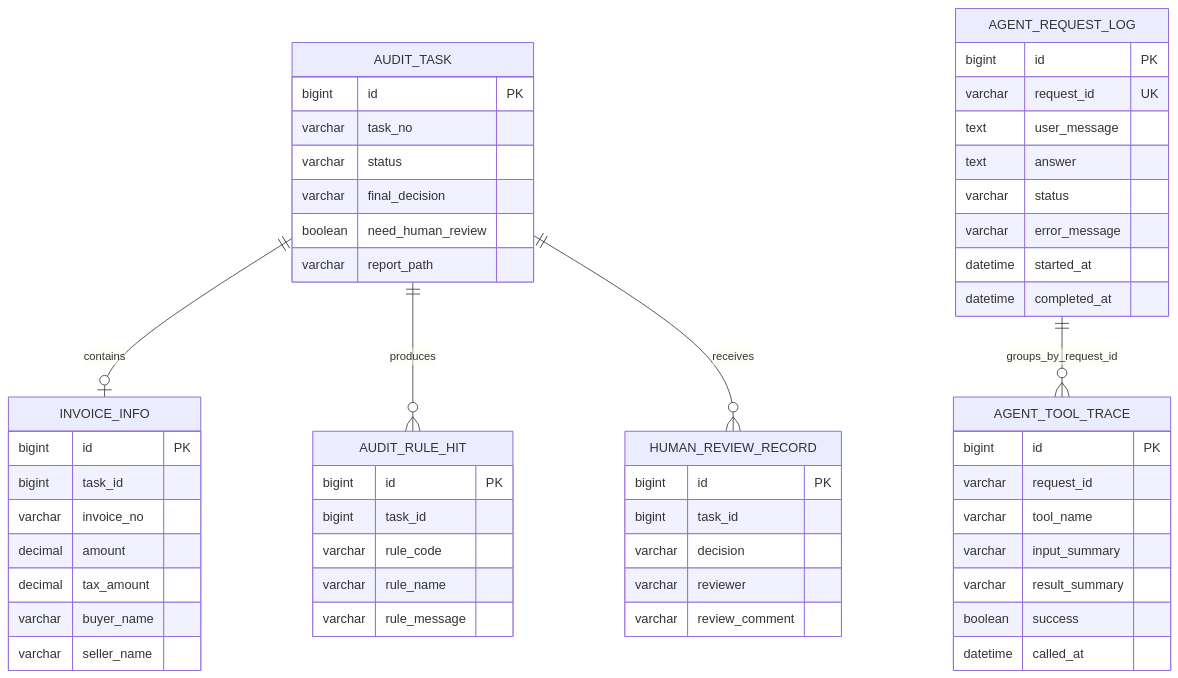
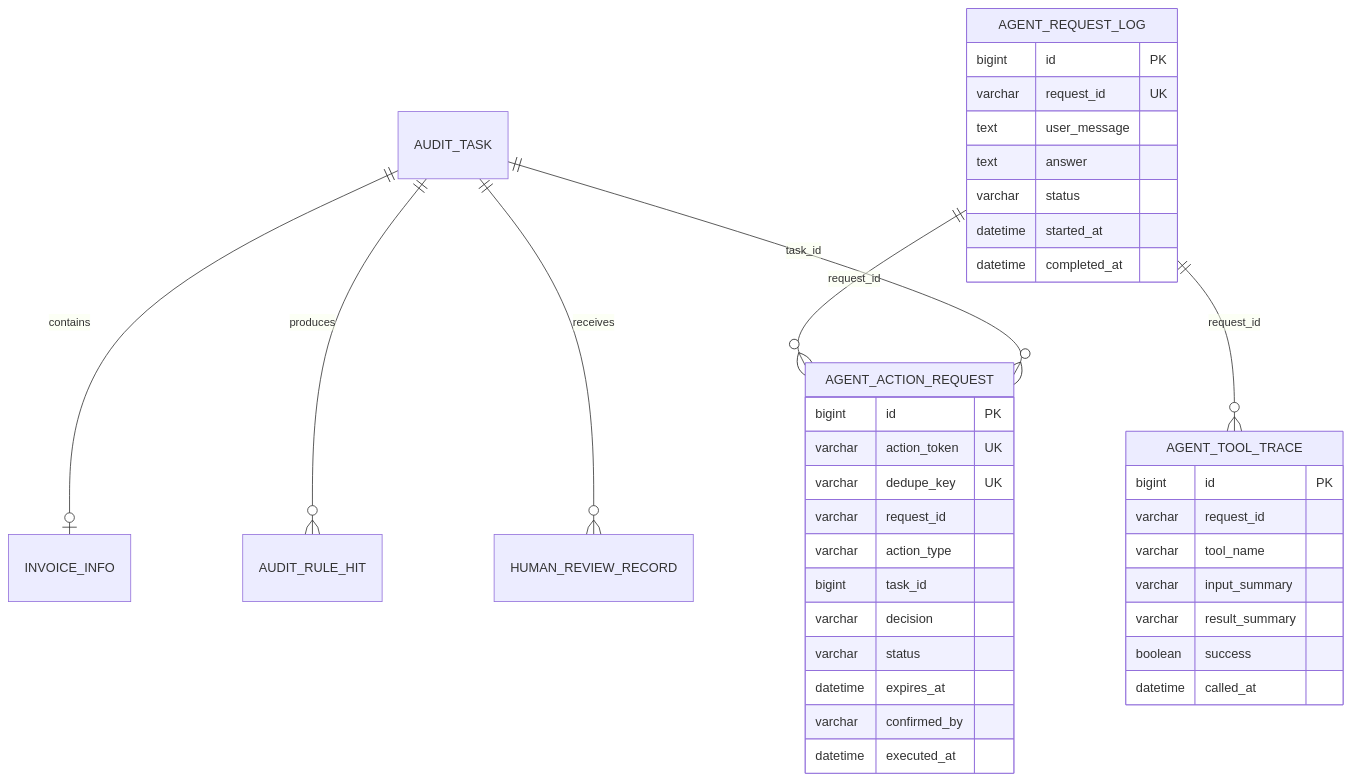
Before and after one commit to Chuan1130/invoice-agent-system: the eighth of 9 diagrams in README.md, drawn with Mermaid. The commit also changed other lines of this file and 1 other file, not shown here.

Commit message:
docs: visualize Agent Runtime v1.0 and runtime guards

````diff
--- a/README.md
+++ b/README.md
@@ -683,64 +689,44 @@
 ```mermaid
 erDiagram
     AUDIT_TASK ||--o| INVOICE_INFO : contains
     AUDIT_TASK ||--o{ AUDIT_RULE_HIT : produces
     AUDIT_TASK ||--o{ HUMAN_REVIEW_RECORD : receives
 
-    AGENT_REQUEST_LOG ||--o{ AGENT_TOOL_TRACE : groups_by_request_id
-
-    AUDIT_TASK {
-        bigint id PK
-        varchar task_no
-        varchar status
-        varchar final_decision
-        boolean need_human_review
-        varchar report_path
-    }
-
-    INVOICE_INFO {
-        bigint id PK
-        bigint task_id
-        varchar invoice_no
-        decimal amount
-        decimal tax_amount
-        varchar buyer_name
-        varchar seller_name
-    }
-
-    AUDIT_RULE_HIT {
-        bigint id PK
-        bigint task_id
-        varchar rule_code
-        varchar rule_name
-        varchar rule_message
-    }
-
-    HUMAN_REVIEW_RECORD {
-        bigint id PK
-        bigint task_id
-        varchar decision
-        varchar reviewer
-        varchar review_comment
-    }
+    AGENT_REQUEST_LOG ||--o{ AGENT_TOOL_TRACE : request_id
+    AGENT_REQUEST_LOG ||--o{ AGENT_ACTION_REQUEST : request_id
+    AUDIT_TASK ||--o{ AGENT_ACTION_REQUEST : task_id
 
     AGENT_REQUEST_LOG {
         bigint id PK
         varchar request_id UK
         text user_message
         text answer
         varchar status
-        varchar error_message
         datetime started_at
         datetime completed_at
     }
 
     AGENT_TOOL_TRACE {
         bigint id PK
         varchar request_id
         varchar tool_name
         varchar input_summary
         varchar result_summary
         boolean success
         datetime called_at
     }
+
+    AGENT_ACTION_REQUEST {
+        bigint id PK
+        varchar action_token UK
+        varchar dedupe_key UK
+        varchar request_id
+        varchar action_type
+        bigint task_id
+        varchar decision
+        varchar status
+        datetime expires_at
+        varchar confirmed_by
+        datetime executed_at
+    }
 ```
````
